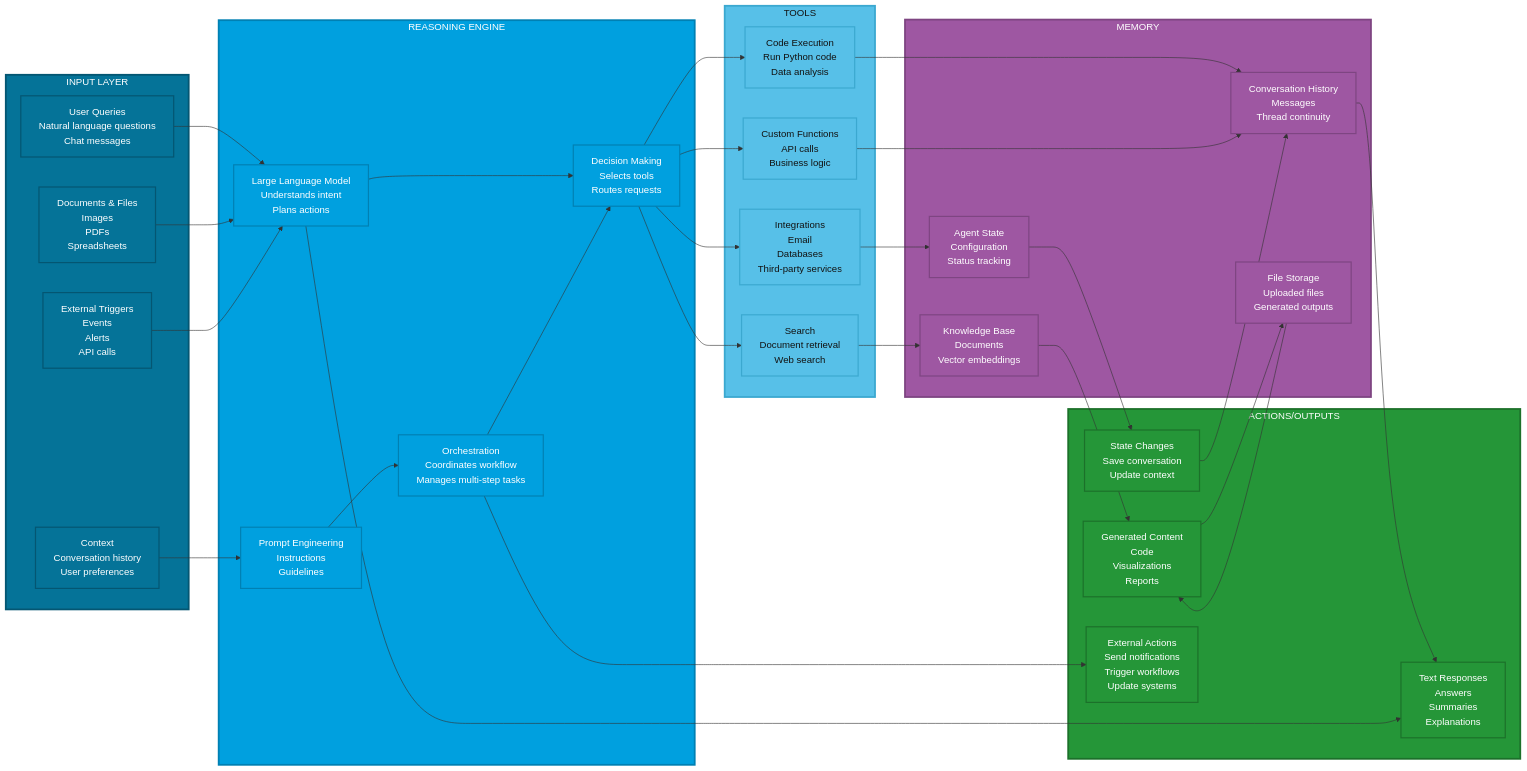
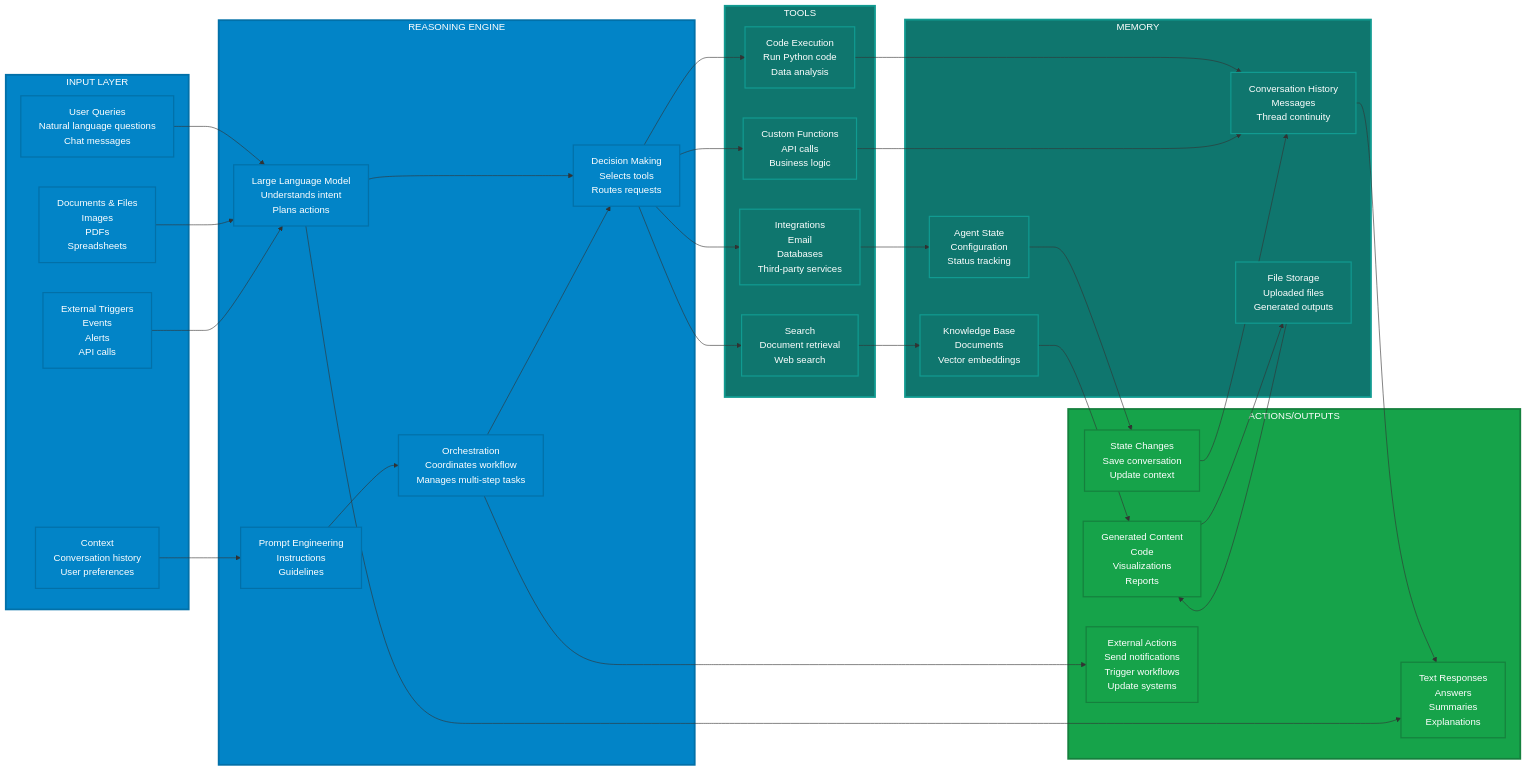
The second of 5 diagrams in docs/concepts/ai-agents.md (nitin27may/ai-resources), drawn with Mermaid before and after one commit. The commit also changed other lines of this file and 84 other files, not shown here.

````diff
--- a/docs/concepts/ai-agents.md
+++ b/docs/concepts/ai-agents.md
@@ -54,7 +91,7 @@
 ```mermaid
 graph LR
     subgraph INPUT["INPUT LAYER"]
-        style INPUT fill:#057398,stroke:#045672,stroke-width:3px,color:#fff
+        style INPUT fill:#0284c7,stroke:#0270a8,stroke-width:3px,color:#fff
         I1["User Queries<br/>Natural language questions<br/>Chat messages"]
         I2["Documents & Files<br/>Images<br/>PDFs<br/>Spreadsheets"]
         I3["External Triggers<br/>Events<br/>Alerts<br/>API calls"]
@@ -62,7 +99,7 @@
     end
 
     subgraph REASONING["REASONING ENGINE"]
-        style REASONING fill:#00A0DF,stroke:#0080B3,stroke-width:3px,color:#fff
+        style REASONING fill:#0284c7,stroke:#0270a8,stroke-width:3px,color:#fff
         R1["Large Language Model<br/>Understands intent<br/>Plans actions"]
         R2["Prompt Engineering<br/>Instructions<br/>Guidelines"]
         R3["Orchestration<br/>Coordinates workflow<br/>Manages multi-step tasks"]
@@ -70,7 +107,7 @@
     end
 
     subgraph TOOLS["TOOLS"]
-        style TOOLS fill:#57C0E8,stroke:#3BA8D0,stroke-width:3px,color:#121212
+        style TOOLS fill:#0f766e,stroke:#119b91,stroke-width:3px,color:#fff
         T1["Code Execution<br/>Run Python code<br/>Data analysis"]
         T2["Search<br/>Document retrieval<br/>Web search"]
         T3["Custom Functions<br/>API calls<br/>Business logic"]
@@ -78,7 +115,7 @@
     end
 
     subgraph MEMORY["MEMORY"]
-        style MEMORY fill:#9E57A2,stroke:#7E4582,stroke-width:3px,color:#fff
+        style MEMORY fill:#0f766e,stroke:#119b91,stroke-width:3px,color:#fff
         M1["Conversation History<br/>Messages<br/>Thread continuity"]
         M2["Agent State<br/>Configuration<br/>Status tracking"]
         M3["Knowledge Base<br/>Documents<br/>Vector embeddings"]
@@ -86,7 +123,7 @@
     end
 
     subgraph ACTIONS["ACTIONS/OUTPUTS"]
-        style ACTIONS fill:#259638,stroke:#1C712A,stroke-width:3px,color:#fff
+        style ACTIONS fill:#16a34a,stroke:#15803d,stroke-width:3px,color:#fff
         A1["Text Responses<br/>Answers<br/>Summaries<br/>Explanations"]
         A2["Generated Content<br/>Code<br/>Visualizations<br/>Reports"]
         A3["State Changes<br/>Save conversation<br/>Update context"]
@@ -125,11 +162,11 @@
     A2 --> M4
 
     %% Styling
-    classDef inputStyle fill:#057398,stroke:#045672,stroke-width:2px,color:#fff
-    classDef reasoningStyle fill:#00A0DF,stroke:#0080B3,stroke-width:2px,color:#fff
-    classDef toolStyle fill:#57C0E8,stroke:#3BA8D0,stroke-width:2px,color:#121212
-    classDef memoryStyle fill:#9E57A2,stroke:#7E4582,stroke-width:2px,color:#fff
-    classDef actionStyle fill:#259638,stroke:#1C712A,stroke-width:2px,color:#fff
+    classDef inputStyle fill:#0284c7,stroke:#0270a8,stroke-width:2px,color:#fff
+    classDef reasoningStyle fill:#0284c7,stroke:#0270a8,stroke-width:2px,color:#fff
+    classDef toolStyle fill:#0f766e,stroke:#119b91,stroke-width:2px,color:#fff
+    classDef memoryStyle fill:#0f766e,stroke:#119b91,stroke-width:2px,color:#fff
+    classDef actionStyle fill:#16a34a,stroke:#15803d,stroke-width:2px,color:#fff
 
     class I1,I2,I3,I4 inputStyle
     class R1,R2,R3,R4 reasoningStyle
````
